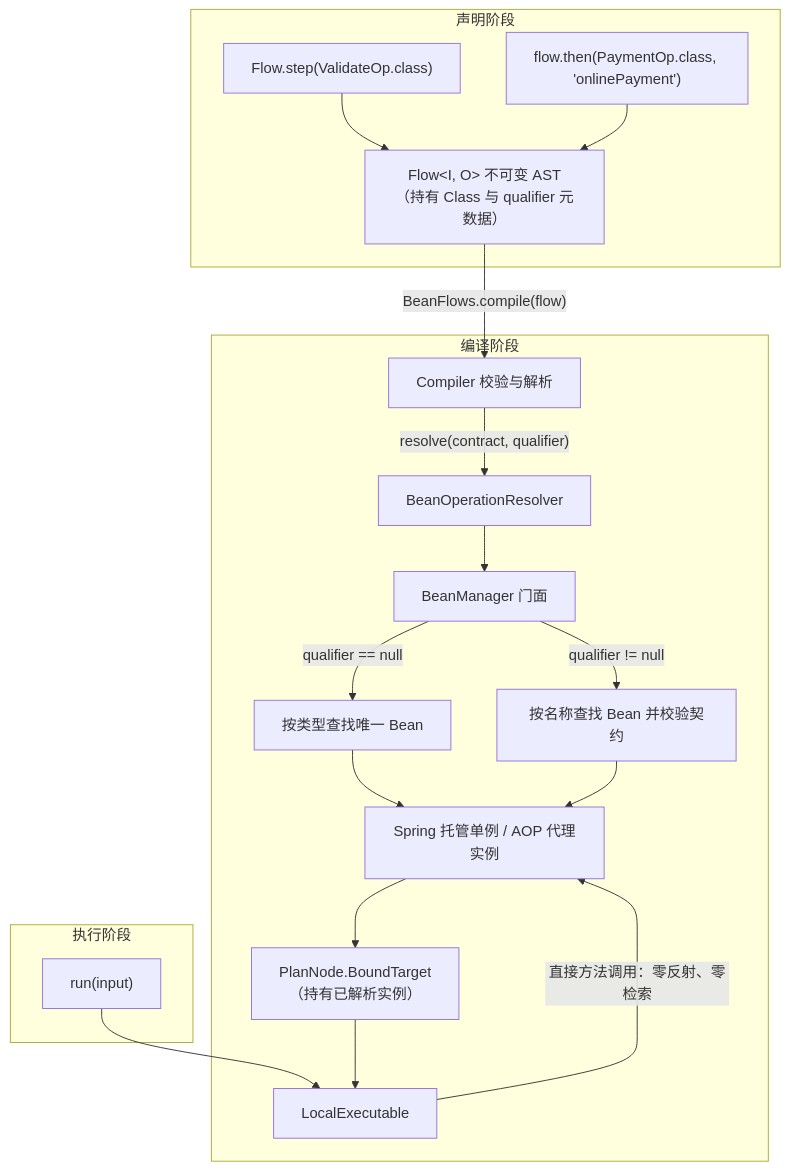
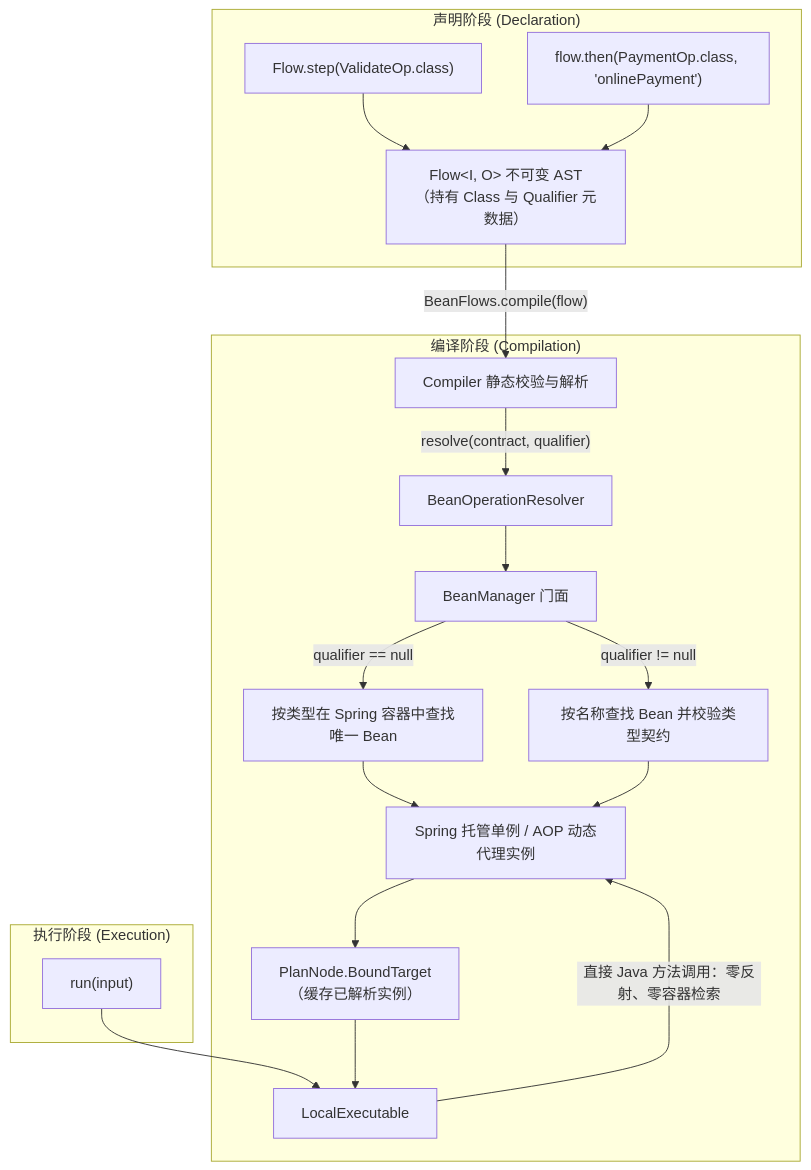
One commit to team4u/team4u-framework changed the diagram in docs/flow/flow-bean.md. Above: the diagram before and after it, drawn with Mermaid. The commit also changed other lines of this file and 21 other files, not shown here.

Commit message:
docs(flow): deepen technical documentation across core, governance, durable, and testing

````diff
--- a/docs/flow/flow-bean.md
+++ b/docs/flow/flow-bean.md
@@ -199,27 +176,27 @@
 ```mermaid
 graph TD
-    subgraph "声明阶段"
+    subgraph "声明阶段 (Declaration)"
         D1["Flow.step(ValidateOp.class)"]
         D2["flow.then(PaymentOp.class, 'onlinePayment')"]
-        AST["Flow&lt;I, O&gt; 不可变 AST<br/>（持有 Class 与 qualifier 元数据）"]
+        AST["Flow&lt;I, O&gt; 不可变 AST<br/>（持有 Class 与 Qualifier 元数据）"]
         D1 --> AST
         D2 --> AST
     end
 
-    subgraph "编译阶段"
-        AST -->|"BeanFlows.compile(flow)"| Compiler["Compiler 校验与解析"]
+    subgraph "编译阶段 (Compilation)"
+        AST -->|"BeanFlows.compile(flow)"| Compiler["Compiler 静态校验与解析"]
         Compiler -->|"resolve(contract, qualifier)"| Resolver["BeanOperationResolver"]
         Resolver --> BM["BeanManager 门面"]
-        BM -->|"qualifier == null"| ByType["按类型查找唯一 Bean"]
-        BM -->|"qualifier != null"| ByName["按名称查找 Bean 并校验契约"]
-        ByType --> ProxyBean["Spring 托管单例 / AOP 代理实例"]
+        BM -->|"qualifier == null"| ByType["按类型在 Spring 容器中查找唯一 Bean"]
+        BM -->|"qualifier != null"| ByName["按名称查找 Bean 并校验类型契约"]
+        ByType --> ProxyBean["Spring 托管单例 / AOP 动态代理实例"]
         ByName --> ProxyBean
-        ProxyBean --> Bound["PlanNode.BoundTarget<br/>（持有已解析实例）"]
+        ProxyBean --> Bound["PlanNode.BoundTarget<br/>（缓存已解析实例）"]
         Bound --> Exec["LocalExecutable"]
     end
 
-    subgraph "执行阶段"
+    subgraph "执行阶段 (Execution)"
         Input["run(input)"] --> Exec
-        Exec -->|"直接方法调用：零反射、零检索"| ProxyBean
+        Exec -->|"直接 Java 方法调用：零反射、零容器检索"| ProxyBean
     end
 ```
````
